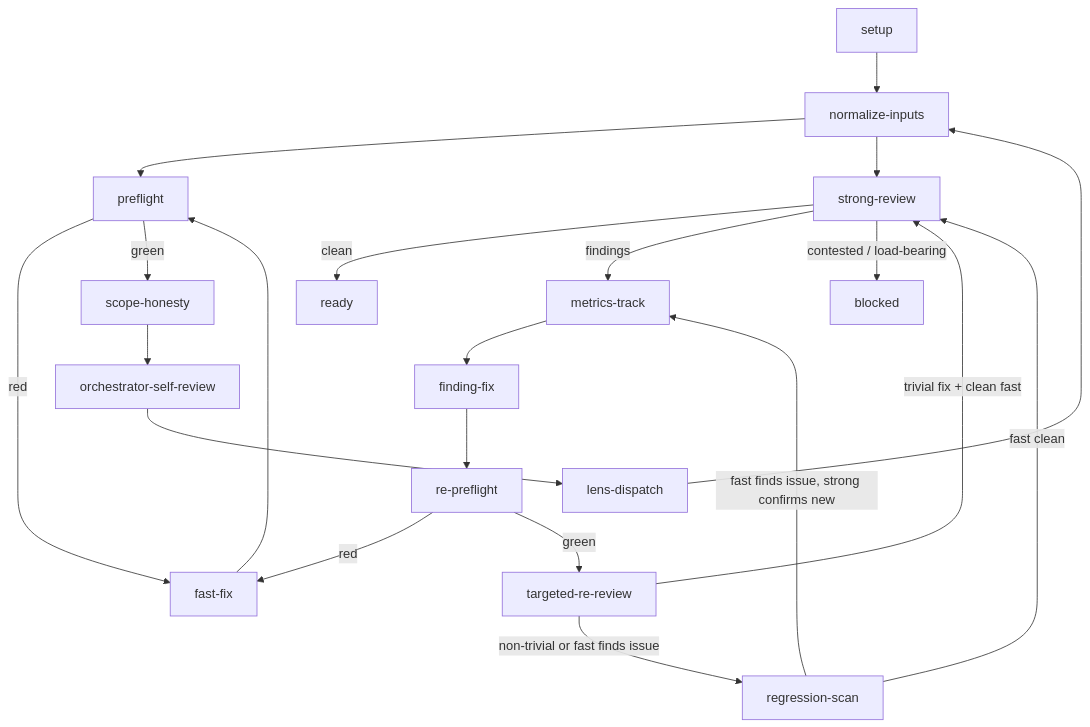
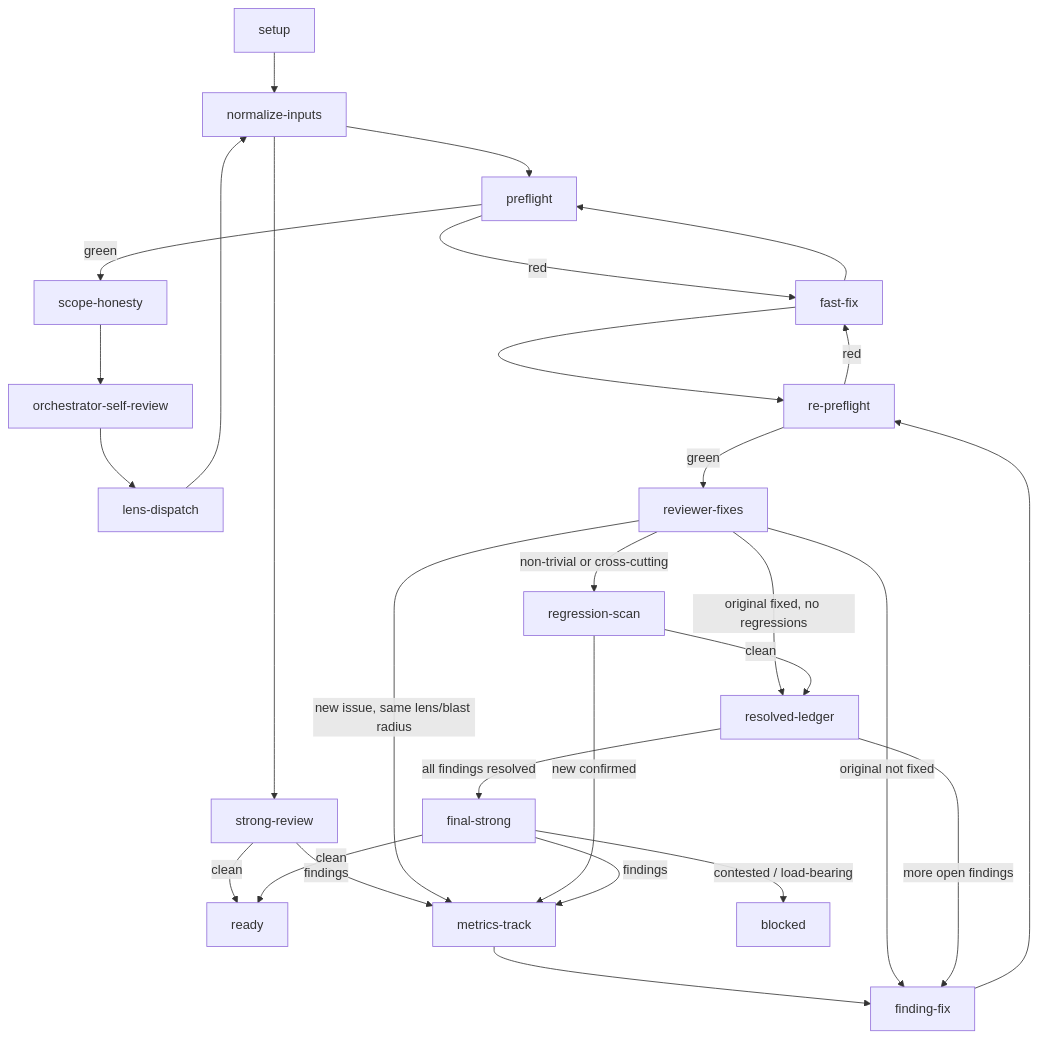
The diagram in codex-marketplace/plugins/superpowers-plus/skills/iterative-review/references/review-state-graph.md (HarleyBartles/agent-asset-marketplace), drawn with Mermaid before and after one commit. The commit also changed other lines of this file, not shown here.

Commit message:
feat(iterative-review): update review-state-graph.md with reviewer-fixes, resolved-ledger, and final-strong
Generated with [Devin](https://devin.ai)

````diff
--- a/codex-marketplace/plugins/superpowers-plus/skills/iterative-review/references/review-state-graph.md
+++ b/codex-marketplace/plugins/superpowers-plus/skills/iterative-review/references/review-state-graph.md
@@ -9,23 +9,29 @@
 ```mermaid
 flowchart TD
-    setup --> normalize-inputs
-    normalize-inputs --> preflight
-    preflight -->|red| fast-fix
-    fast-fix --> preflight
-    preflight -->|green| scope-honesty
-    scope-honesty --> orchestrator-self-review
+    setup --> normalize-inputs --> preflight
+    preflight -->|red| fast-fix --> preflight
+    preflight -->|green| scope-honesty --> orchestrator-self-review
     orchestrator-self-review --> lens-dispatch
-    lens-dispatch --> normalize-inputs
-    normalize-inputs --> strong-review
+    lens-dispatch --> normalize-inputs --> strong-review
     strong-review -->|clean| ready
     strong-review -->|findings| metrics-track
+
     metrics-track --> finding-fix
     finding-fix --> re-preflight
-    re-preflight -->|red| fast-fix
-    re-preflight -->|green| targeted-re-review
-    targeted-re-review -->|trivial fix + clean fast| strong-review
-    targeted-re-review -->|non-trivial or fast finds issue| regression-scan
-    regression-scan -->|fast clean| strong-review
-    regression-scan -->|fast finds issue, strong confirms new| metrics-track
-    strong-review -->|contested / load-bearing| blocked
+    re-preflight -->|red| fast-fix --> re-preflight
+    re-preflight -->|green| reviewer-fixes
+
+    reviewer-fixes -->|original fixed, no regressions| resolved-ledger
+    reviewer-fixes -->|original not fixed| finding-fix
+    reviewer-fixes -->|new issue, same lens/blast radius| metrics-track
+    reviewer-fixes -->|non-trivial or cross-cutting| regression-scan
+
+    regression-scan -->|clean| resolved-ledger
+    regression-scan -->|new confirmed| metrics-track
+
+    resolved-ledger -->|more open findings| finding-fix
+    resolved-ledger -->|all findings resolved| final-strong
+    final-strong -->|clean| ready
+    final-strong -->|findings| metrics-track
+    final-strong -->|contested / load-bearing| blocked
 ```
````
